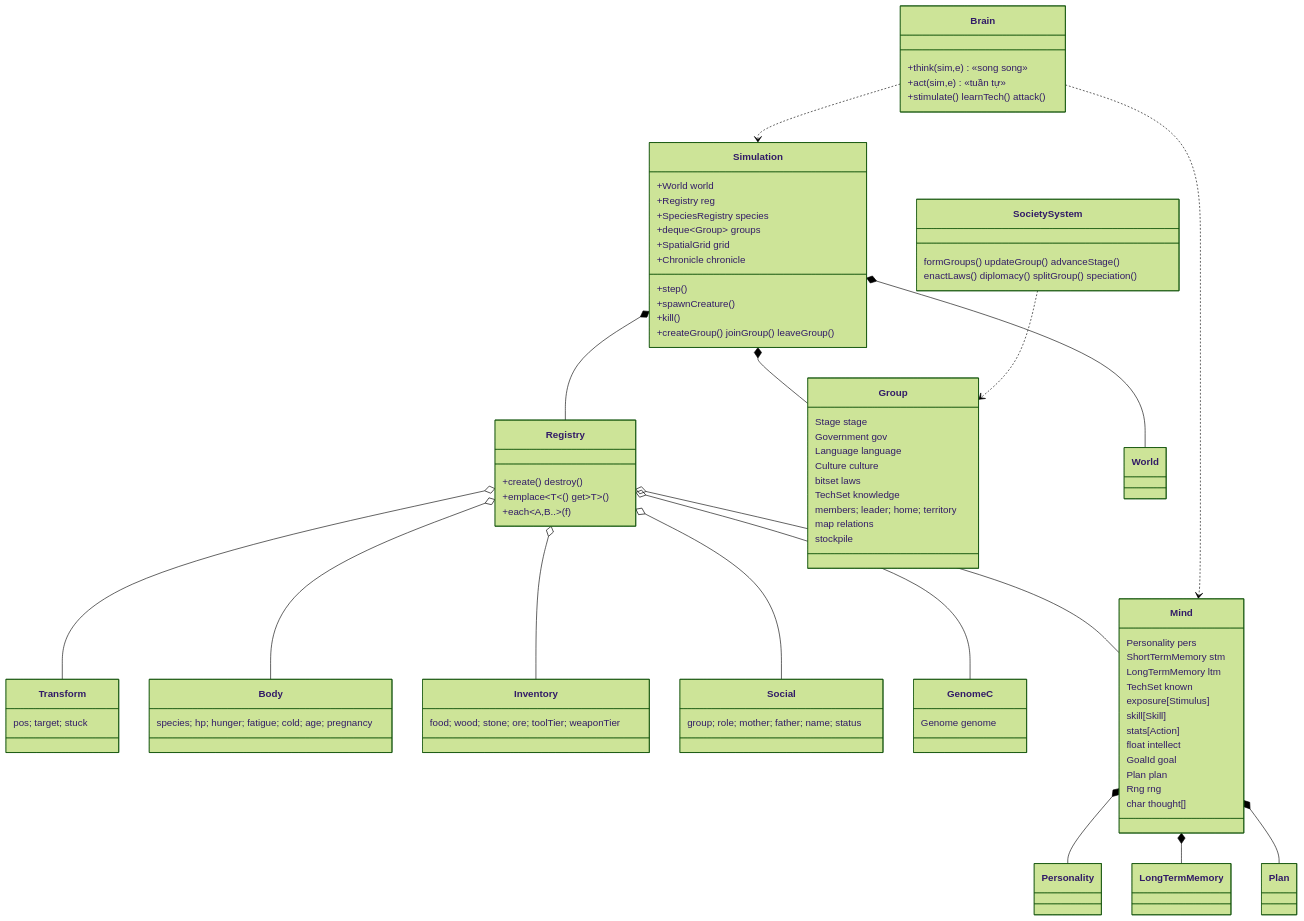
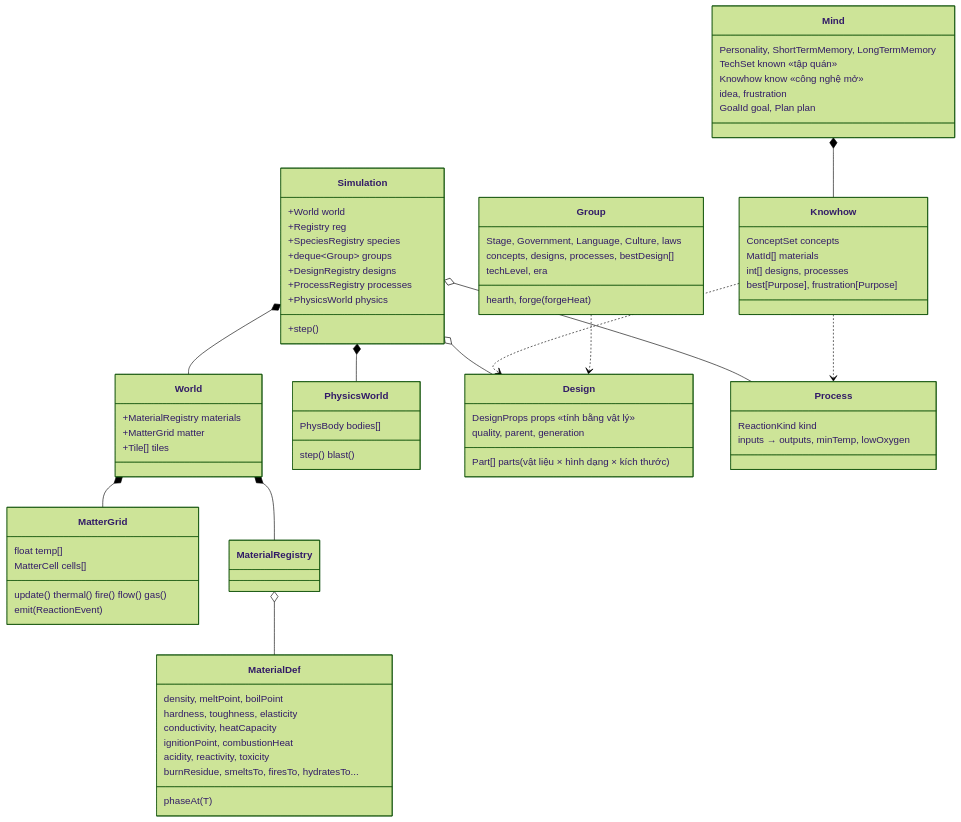
Before and after one commit to quocdat16610-web/ai-box: the second of 2 diagrams in docs/ARCHITECTURE.md, drawn with Mermaid (forest theme). The commit also changed other lines of this file and 39 other files, not shown here.

First line of the commit message:
Thêm vật lý & hoá học thật, công nghệ mở (không tech tree), kịch bản hai bộ tộc song sinh

````diff
--- a/docs/ARCHITECTURE.md
+++ b/docs/ARCHITECTURE.md
@@ -73,74 +86,76 @@
 ```mermaid
 classDiagram
     class Simulation {
         +World world
         +Registry reg
         +SpeciesRegistry species
         +deque~Group~ groups
-        +SpatialGrid grid
-        +Chronicle chronicle
+        +DesignRegistry designs
+        +ProcessRegistry processes
+        +PhysicsWorld physics
         +step()
-        +spawnCreature()
-        +kill()
-        +createGroup() joinGroup() leaveGroup()
     }
-    class Registry {
-        +create() destroy()
-        +emplace~T~() get~T~()
-        +each~A,B..~(f)
+    class World {
+        +MaterialRegistry materials
+        +MatterGrid matter
+        +Tile[] tiles
     }
-    class Transform { pos; target; stuck }
-    class Body { species; hp; hunger; fatigue; cold; age; pregnancy }
-    class Inventory { food; wood; stone; ore; toolTier; weaponTier }
-    class Social { group; role; mother; father; name; status }
-    class GenomeC { Genome genome }
+    class MaterialDef {
+        density, meltPoint, boilPoint
+        hardness, toughness, elasticity
+        conductivity, heatCapacity
+        ignitionPoint, combustionHeat
+        acidity, reactivity, toxicity
+        burnResidue, smeltsTo, firesTo, hydratesTo...
+        phaseAt(T)
+    }
+    class MatterGrid {
+        float temp[]
+        MatterCell cells[]
+        update() thermal() fire() flow() gas()
+        emit(ReactionEvent)
+    }
+    class PhysicsWorld {
+        PhysBody bodies[]
+        step() blast()
+    }
     class Mind {
-        Personality pers
-        ShortTermMemory stm
-        LongTermMemory ltm
-        TechSet known
-        exposure[Stimulus]
-        skill[Skill]
-        stats[Action]
-        float intellect
-        GoalId goal
-        Plan plan
-        Rng rng
-        char thought[]
+        Personality, ShortTermMemory, LongTermMemory
+        TechSet known  «tập quán»
+        Knowhow know   «công nghệ mở»
+        idea, frustration
+        GoalId goal, Plan plan
     }
-    class Brain {
-        +think(sim,e)  «song song»
-        +act(sim,e)    «tuần tự»
-        +stimulate() learnTech() attack()
+    class Knowhow {
+        ConceptSet concepts
+        MatId[] materials
+        int[] designs, processes
+        best[Purpose], frustration[Purpose]
+    }
+    class Design {
+        Part[] parts  (vật liệu × hình dạng × kích thước)
+        DesignProps props  «tính bằng vật lý»
+        quality, parent, generation
+    }
+    class Process {
+        ReactionKind kind
+        inputs → outputs, minTemp, lowOxygen
     }
     class Group {
-        Stage stage
-        Government gov
-        Language language
-        Culture culture
-        bitset laws
-        TechSet knowledge
-        members; leader; home; territory
-        map relations
-        stockpile
+        Stage, Government, Language, Culture, laws
+        concepts, designs, processes, bestDesign[]
+        techLevel, era
+        hearth, forge(forgeHeat)
     }
-    class SocietySystem {
-        formGroups() updateGroup() advanceStage()
-        enactLaws() diplomacy() splitGroup() speciation()
-    }
-    Simulation *-- Registry
     Simulation *-- World
-    Simulation *-- Group
-    Registry o-- Transform
-    Registry o-- Body
-    Registry o-- Inventory
-    Registry o-- Social
-    Registry o-- GenomeC
-    Registry o-- Mind
-    Brain ..> Mind
-    Brain ..> Simulation
-    SocietySystem ..> Group
-    Mind *-- Personality
-    Mind *-- LongTermMemory
-    Mind *-- Plan
+    World *-- MatterGrid
+    World *-- MaterialRegistry
+    MaterialRegistry o-- MaterialDef
+    Simulation *-- PhysicsWorld
+    Simulation o-- Design
+    Simulation o-- Process
+    Mind *-- Knowhow
+    Knowhow ..> Design
+    Knowhow ..> Process
+    Group ..> Design
 ```
````
